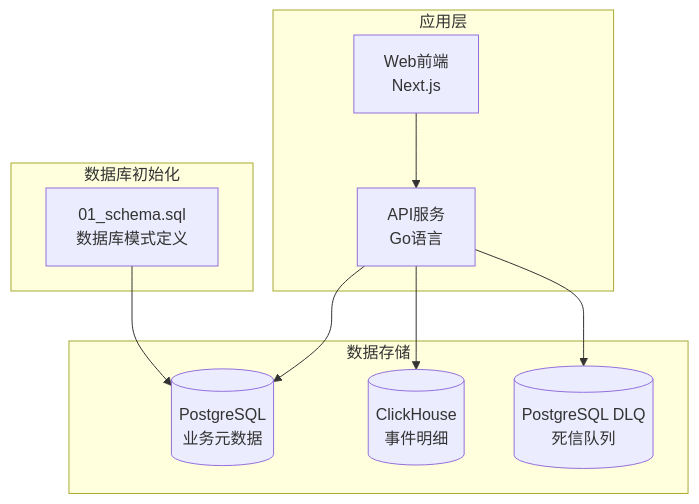
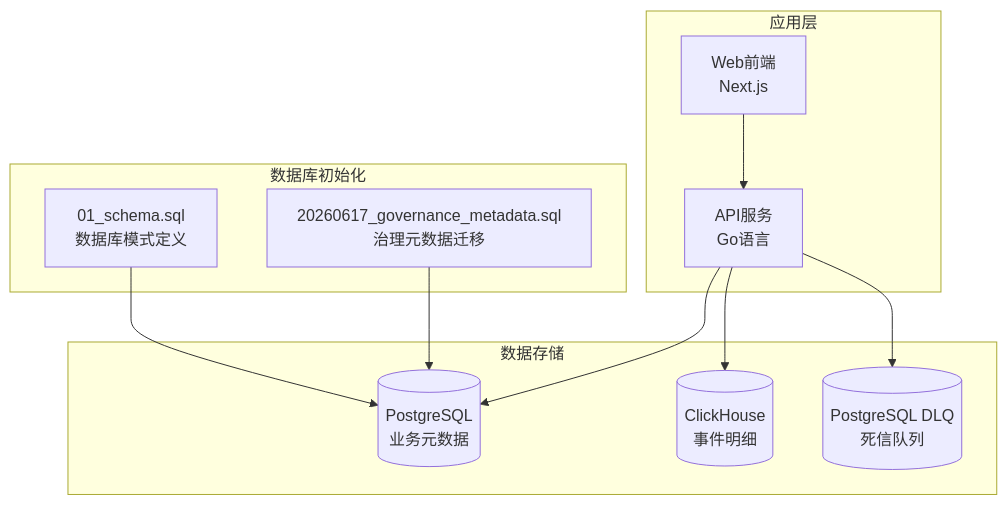
Before and after one commit to zhen-zhong/AeroLog: the first of 5 diagrams in .qoder/repowiki/zh/content/数据模型设计/PostgreSQL数据库模式.md, drawn with Mermaid. The commit also changed other lines of this file and 130 other files, not shown here.

````diff
--- a/.qoder/repowiki/zh/content/数据模型设计/PostgreSQL数据库模式.md
+++ b/.qoder/repowiki/zh/content/数据模型设计/PostgreSQL数据库模式.md
@@ -49,20 +51,22 @@
 ```mermaid
 graph TB
 subgraph "数据库初始化"
 S[01_schema.sql<br/>数据库模式定义]
+M[20260617_governance_metadata.sql<br/>治理元数据迁移]
 end
 subgraph "应用层"
 A[API服务<br/>Go语言]
 W[Web前端<br/>Next.js]
 end
 subgraph "数据存储"
 PG[(PostgreSQL<br/>业务元数据)]
 CH[(ClickHouse<br/>事件明细)]
 DLQ[(PostgreSQL DLQ<br/>死信队列)]
 end
 S --> PG
+M --> PG
 A --> PG
 W --> A
 A --> CH
 A --> DLQ
 ```
````
